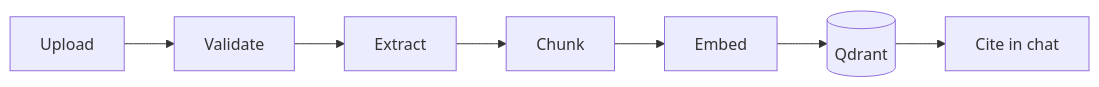
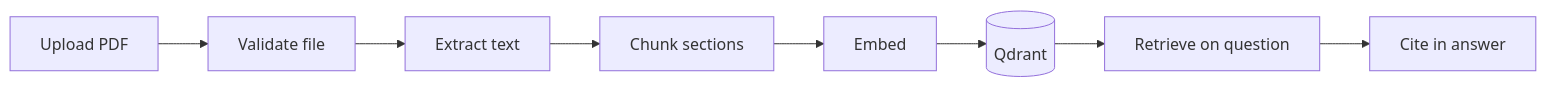
Before and after one commit to nikhilmaguwala/enterprise-ai-agent: the sixth of 8 diagrams in README.md, drawn with Mermaid. The commit also changed other lines of this file, not shown here.

First line of the commit message:
Redesign README for clarity and readable flowcharts.

````diff
--- a/README.md
+++ b/README.md
@@ -229,9 +220,10 @@
 ```mermaid
 flowchart LR
-  A[Upload] --> B[Validate]
-  B --> C[Extract]
-  C --> D[Chunk]
-  D --> E[Embed]
-  E --> F[(Qdrant)]
-  F --> G[Cite in chat]
+  U[Upload PDF] --> V[Validate file]
+  V --> E[Extract text]
+  E --> C[Chunk sections]
+  C --> M[Embed]
+  M --> Q[(Qdrant)]
+  Q --> R[Retrieve on question]
+  R --> S[Cite in answer]
 ```
````
